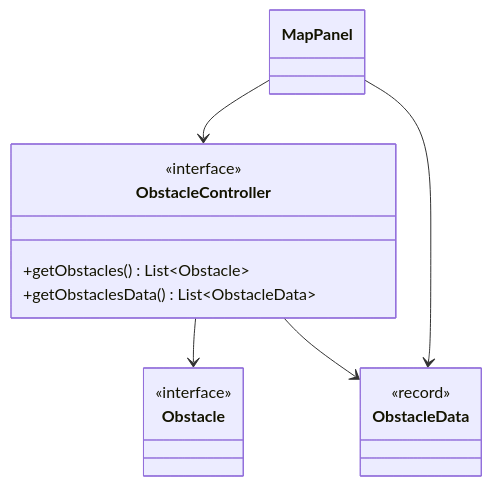
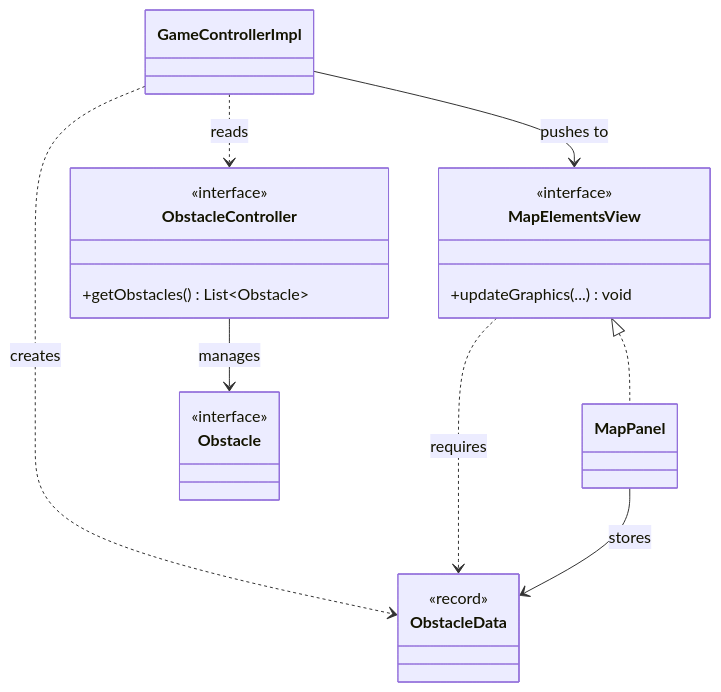
Before and after one commit to jjacomo/OOP25-mini-gOOlf: diagram 12 of 12 in notes/report/report.md, drawn with Mermaid. The commit also changed other lines of this file and 5 other files, not shown here.

````diff
--- a/notes/report/report.md
+++ b/notes/report/report.md
@@ -625,20 +625,27 @@
 ```mermaid
     classDiagram
+        class MapElementsView {
+            <<interface>>
+            +updateGraphics(...) void
+        }
         class MapPanel
+        class GameControllerImpl
         class ObstacleController {
             <<interface>>
             +getObstacles() List~Obstacle~
-            +getObstaclesData() List~ObstacleData~
         }
         class ObstacleData {
             <<record>>
         }
         class Obstacle {
             <<interface>>
         }
 
-        MapPanel --> ObstacleController
-        MapPanel --> ObstacleData
-        ObstacleController --> Obstacle
-        ObstacleController --> ObstacleData
+        MapElementsView <|.. MapPanel
+        GameControllerImpl --> MapElementsView : pushes to
+        GameControllerImpl ..> ObstacleData : creates
+        GameControllerImpl ..> ObstacleController : reads
+        MapElementsView ..> ObstacleData : requires
+        MapPanel --> ObstacleData : stores
+        ObstacleController --> Obstacle : manages
 ```
````
